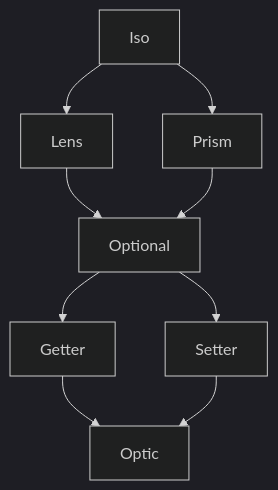
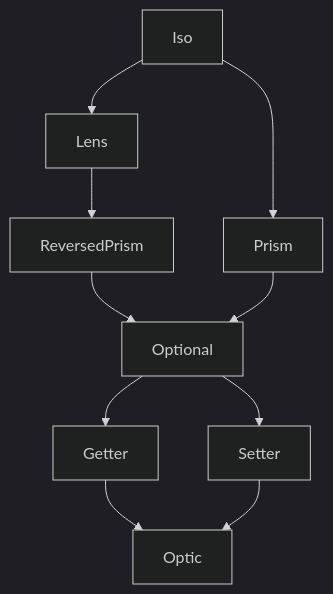
One commit to fp-ts/optic changed the diagram in README.md. Above: the diagram before and after it, drawn with Mermaid (dark theme). The commit also changed 4 other files, not shown here.

Commit message:
add ReversedPrism

````diff
--- a/README.md
+++ b/README.md
@@ -28,11 +28,12 @@
 ```mermaid
 flowchart TD
   Iso --> Lens
   Iso --> Prism
-  Lens --> Optional
+  Lens --> ReversedPrism
+  ReversedPrism --> Optional
   Prism --> Optional
   Optional --> Getter
   Optional --> Setter
   Getter --> Optic
   Setter --> Optic
 ```
````
